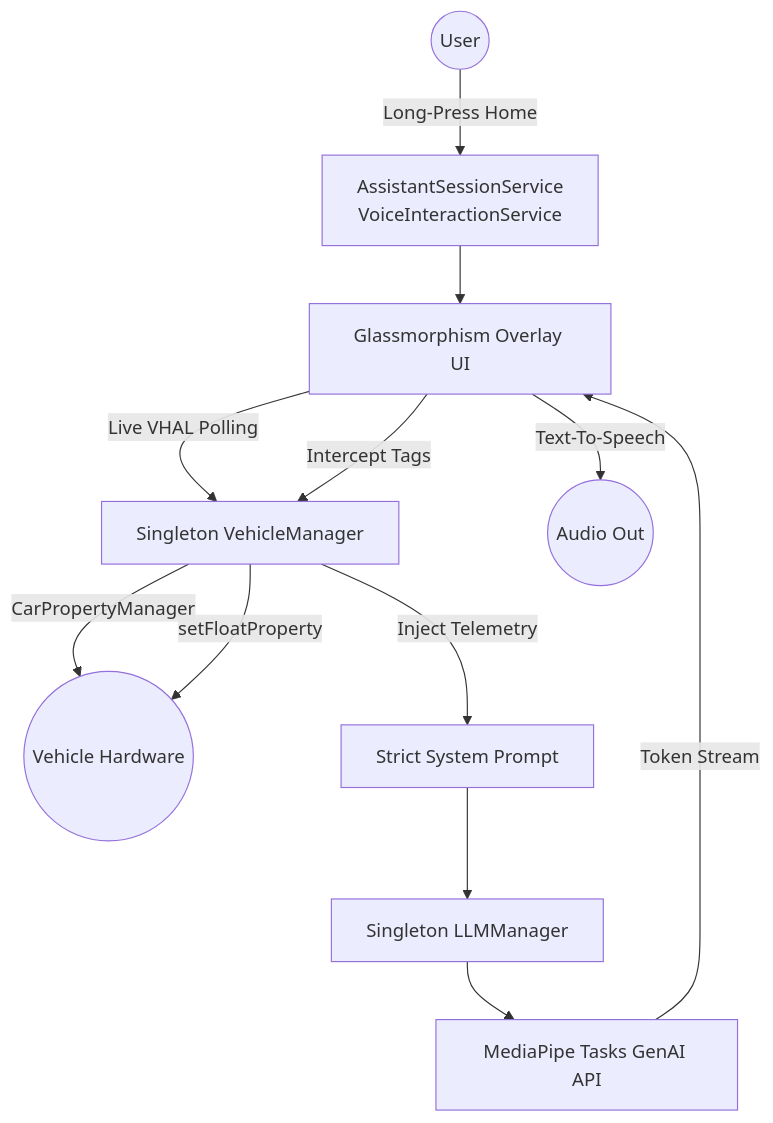
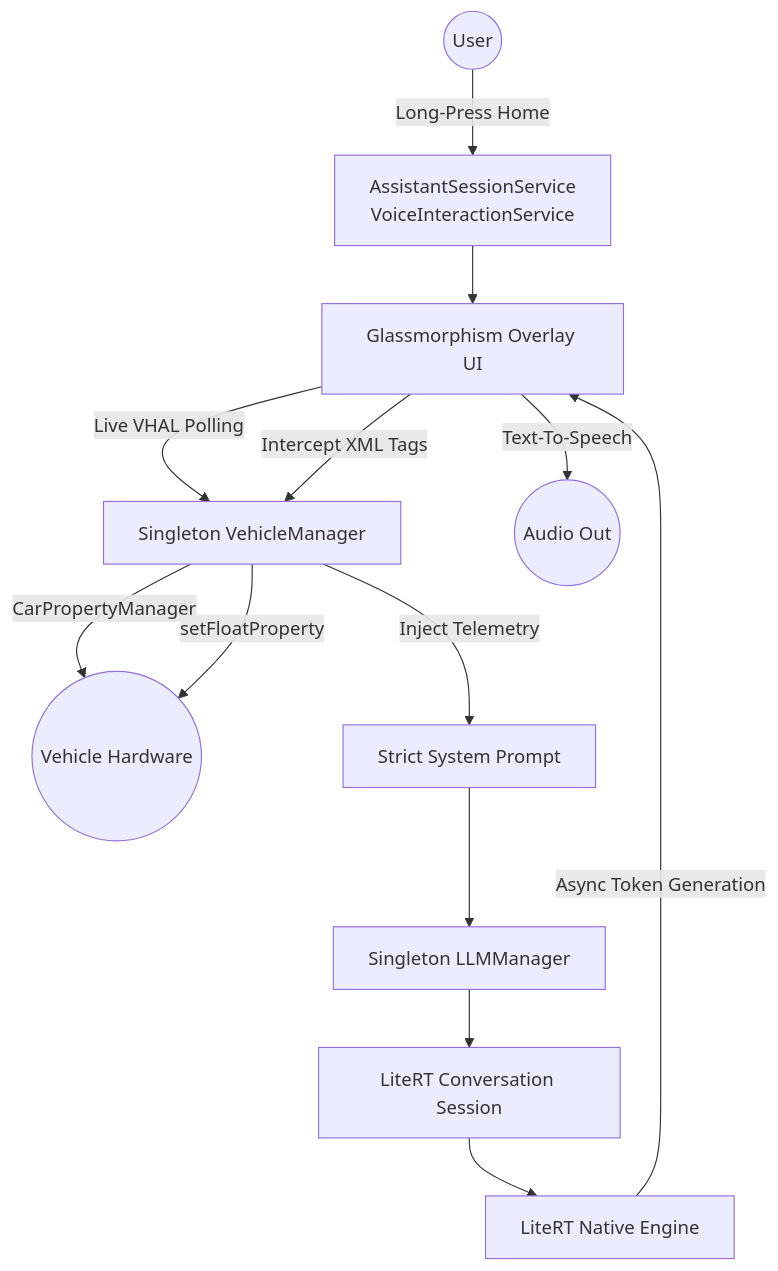
One commit to hemangpandhi/ai-assistant changed the diagram in README.md. Above: the diagram before and after it, drawn with Mermaid. The commit also changed other lines of this file and 399 other files, not shown here.

````diff
--- a/README.md
+++ b/README.md
@@ -20,14 +20,15 @@
 ```mermaid
 graph TD
     User((User)) -->|Long-Press Home| Service[AssistantSessionService\nVoiceInteractionService]
     Service --> UI[Glassmorphism Overlay UI]
     UI --> |Live VHAL Polling| VehicleManager[Singleton VehicleManager]
     VehicleManager --> |CarPropertyManager| VHAL((Vehicle Hardware))
     VehicleManager --> |Inject Telemetry| SystemPrompt[Strict System Prompt]
     SystemPrompt --> LLMManager[Singleton LLMManager]
-    LLMManager --> MediaPipe[MediaPipe Tasks GenAI API]
-    MediaPipe --> |Token Stream| UI
-    UI --> |Intercept Tags| VehicleManager
+    LLMManager --> LiteRTConversation[LiteRT Conversation Session]
+    LiteRTConversation --> LiteRTEngine[LiteRT Native Engine]
+    LiteRTEngine --> |Async Token Generation| UI
+    UI --> |Intercept XML Tags| VehicleManager
     VehicleManager --> |setFloatProperty| VHAL
     UI --> |Text-To-Speech| SpokenOutput((Audio Out))
 ```
````
